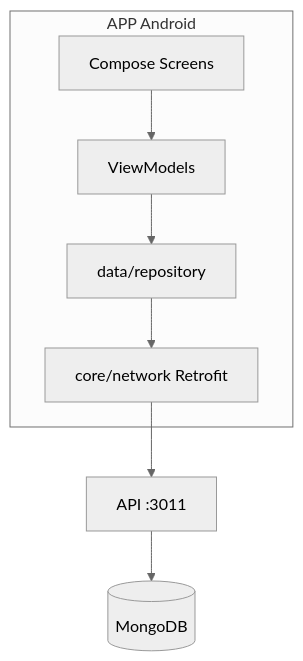
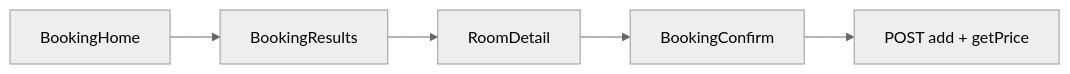
One commit to Arsene-Althor/APP-Intermodular-Ysael changed the diagram in README.md. Above: the diagram before and after it, drawn with Mermaid (neutral theme). The commit also changed other lines of this file and 1 other file, not shown here.

````diff
--- a/README.md
+++ b/README.md
@@ -57,13 +48,7 @@
 ```mermaid
-flowchart TB
-    subgraph app["APP Android"]
-        UI[Compose Screens]
-        VM[ViewModels]
-        REPO[data/repository]
-        NET[core/network Retrofit]
-    end
-  API[API :3011]
-  DB[(MongoDB)]
-
-  UI --> VM --> REPO --> NET --> API --> DB
+flowchart LR
+    H[BookingHome] --> R[BookingResults]
+    R --> D[RoomDetail]
+    D --> C[BookingConfirm]
+    C --> API[POST add + getPrice]
 ```
````
